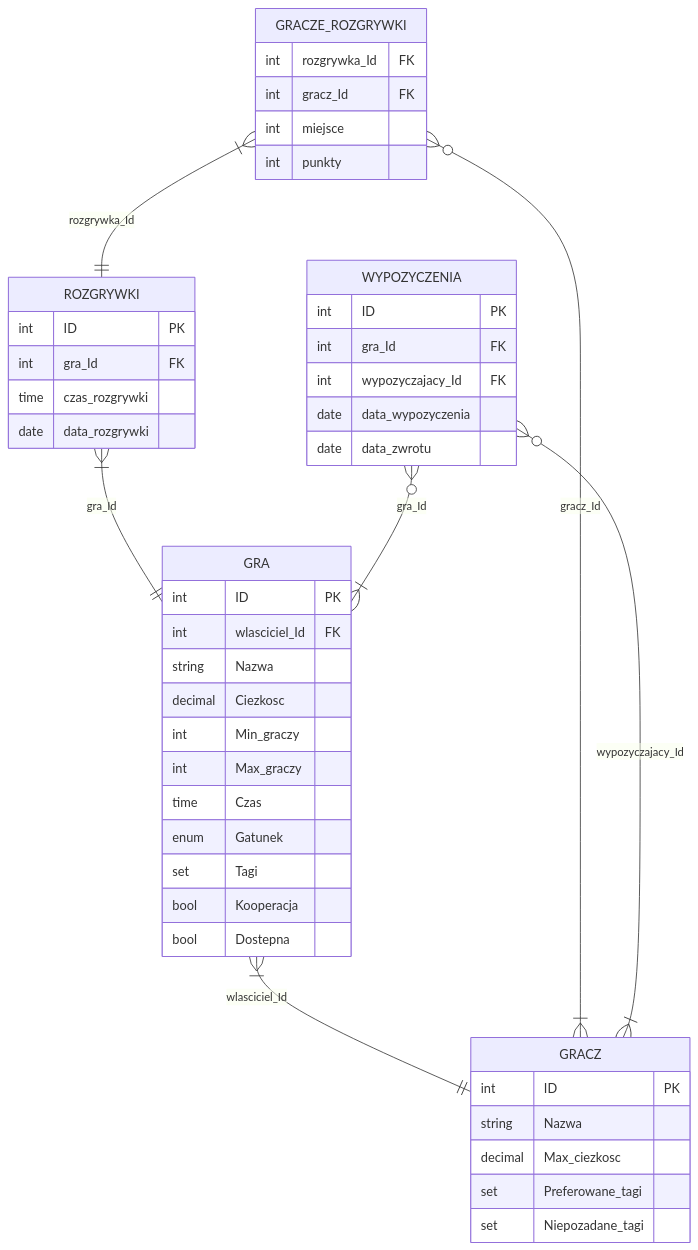
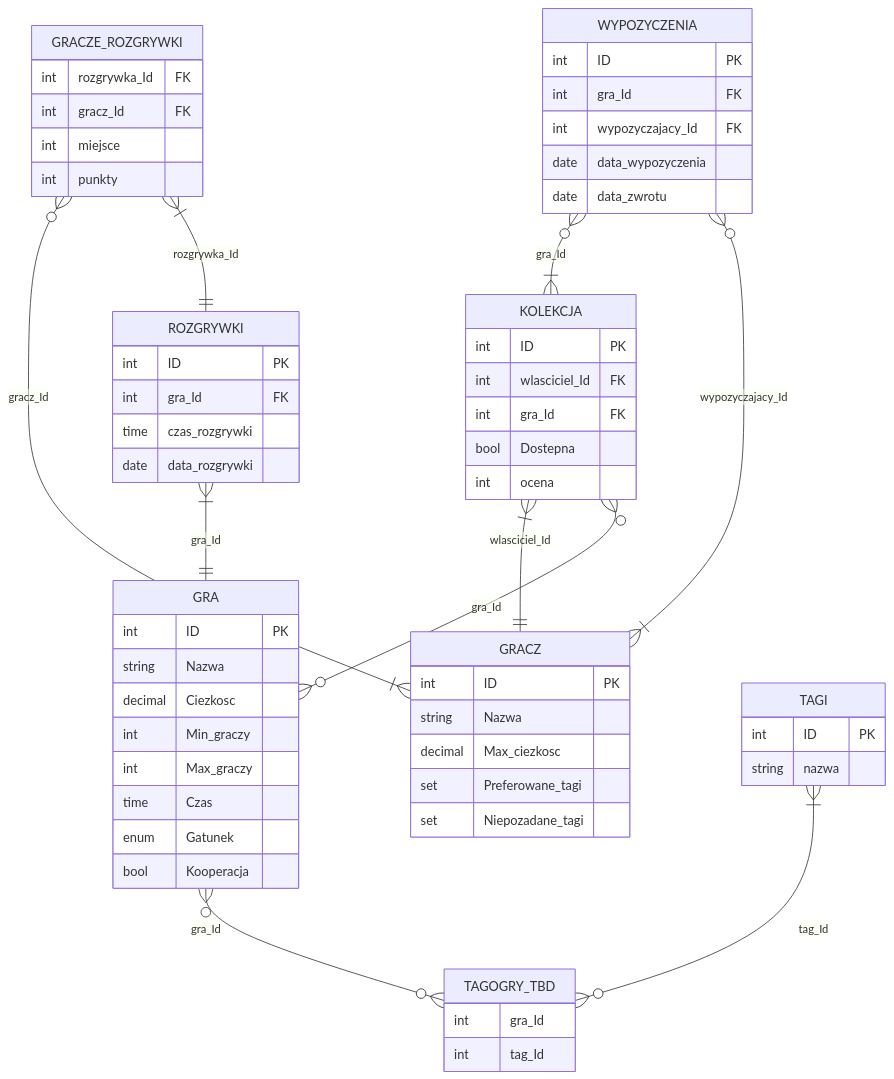
The diagram in BD/scheme.md (Sammaeliusz/PC-Repo), drawn with Mermaid before and after one commit.

````diff
--- a/BD/scheme.md
+++ b/BD/scheme.md
@@ -1,49 +1,64 @@
 ``` mermaid
 erDiagram
 GRA{
     int ID PK
-    int wlasciciel_Id FK
     string Nazwa
     decimal Ciezkosc
     int Min_graczy
     int Max_graczy
     time Czas
     enum Gatunek
-    set Tagi
     bool Kooperacja
+}
+KOLEKCJA{
+    int ID PK
+    int wlasciciel_Id FK
+    int gra_Id FK
     bool Dostepna
+    int ocena
+}
+TAGOGRY_TBD{
+    int gra_Id
+    int tag_Id
 }
 GRACZ{
     int ID PK
     string Nazwa
     decimal Max_ciezkosc
     set Preferowane_tagi
     set Niepozadane_tagi
 }
 ROZGRYWKI{
     int ID PK
     int gra_Id FK
     time czas_rozgrywki
     date data_rozgrywki
 }
 GRACZE_ROZGRYWKI{
     int rozgrywka_Id FK
     int gracz_Id FK
     int miejsce
     int punkty
 }
 WYPOZYCZENIA{
     int ID PK
     int gra_Id FK
     int wypozyczajacy_Id FK
     date data_wypozyczenia
     date data_zwrotu
 
 }
-GRA }|--|| GRACZ: wlasciciel_Id
+TAGI{
+    int ID PK
+    string nazwa
+}
+KOLEKCJA }|--|| GRACZ: wlasciciel_Id
+KOLEKCJA }o--o{ GRA: gra_Id
 ROZGRYWKI }|--|| GRA: gra_Id
 GRACZE_ROZGRYWKI }o--|{ GRACZ: gracz_Id
 GRACZE_ROZGRYWKI }|--|| ROZGRYWKI: rozgrywka_Id
-WYPOZYCZENIA }o--|{ GRA: gra_Id
+WYPOZYCZENIA }o--|{ KOLEKCJA: gra_Id
 WYPOZYCZENIA }o--|{ GRACZ: wypozyczajacy_Id
+TAGI }|--o{ TAGOGRY_TBD: tag_Id
+GRA }o--o{ TAGOGRY_TBD: gra_Id
 ```
````
